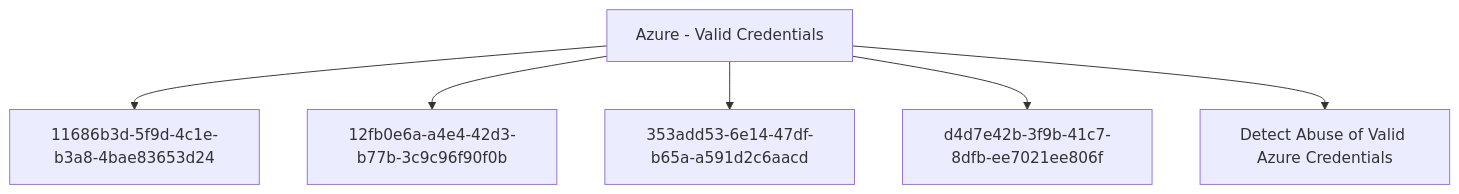
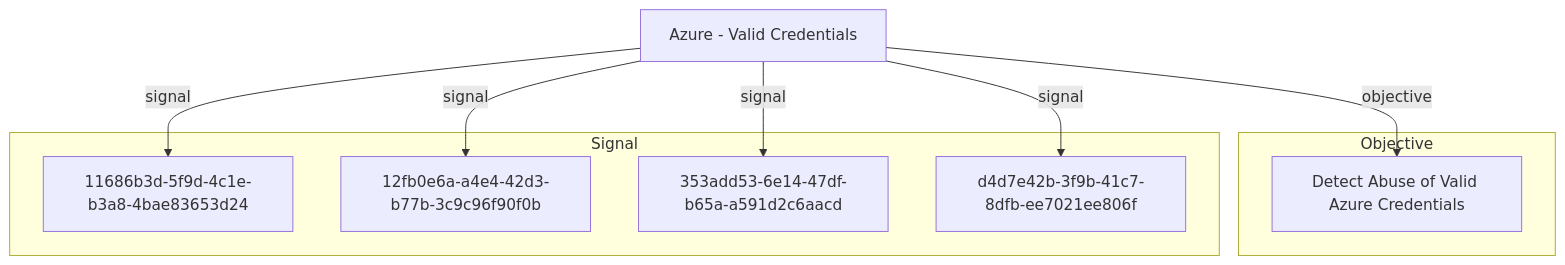
The second of 2 diagrams in docs/threats/azure-valid-credentials.md (opentidehq/library), drawn with Mermaid before and after one commit. The commit also changed other lines of this file and 277 other files, not shown here.

````diff
--- a/docs/threats/azure-valid-credentials.md
+++ b/docs/threats/azure-valid-credentials.md
@@ -117,14 +211,18 @@
 ```mermaid
 flowchart TB
-2743bf18_3b86_4721_bf3e_153dcda0b149["Azure - Valid Credentials"]
+subgraph "Objective"
+f4a8b3c2_7e5d_4f1a_bc8e_9d2a6e7c8f0b["Detect Abuse of Valid Azure Credentials"]
+end
+subgraph "Signal"
 11686b3d_5f9d_4c1e_b3a8_4bae83653d24["11686b3d-5f9d-4c1e-b3a8-4bae83653d24"]
 12fb0e6a_a4e4_42d3_b77b_3c9c96f90f0b["12fb0e6a-a4e4-42d3-b77b-3c9c96f90f0b"]
 353add53_6e14_47df_b65a_a591d2c6aacd["353add53-6e14-47df-b65a-a591d2c6aacd"]
 d4d7e42b_3f9b_41c7_8dfb_ee7021ee806f["d4d7e42b-3f9b-41c7-8dfb-ee7021ee806f"]
-f4a8b3c2_7e5d_4f1a_bc8e_9d2a6e7c8f0b["Detect Abuse of Valid Azure Credentials"]
-2743bf18_3b86_4721_bf3e_153dcda0b149 --> 11686b3d_5f9d_4c1e_b3a8_4bae83653d24
-2743bf18_3b86_4721_bf3e_153dcda0b149 --> 12fb0e6a_a4e4_42d3_b77b_3c9c96f90f0b
-2743bf18_3b86_4721_bf3e_153dcda0b149 --> 353add53_6e14_47df_b65a_a591d2c6aacd
-2743bf18_3b86_4721_bf3e_153dcda0b149 --> d4d7e42b_3f9b_41c7_8dfb_ee7021ee806f
-2743bf18_3b86_4721_bf3e_153dcda0b149 --> f4a8b3c2_7e5d_4f1a_bc8e_9d2a6e7c8f0b
+end
+2743bf18_3b86_4721_bf3e_153dcda0b149["Azure - Valid Credentials"]
+2743bf18_3b86_4721_bf3e_153dcda0b149 -->|objective| f4a8b3c2_7e5d_4f1a_bc8e_9d2a6e7c8f0b
+2743bf18_3b86_4721_bf3e_153dcda0b149 -->|signal| 11686b3d_5f9d_4c1e_b3a8_4bae83653d24
+2743bf18_3b86_4721_bf3e_153dcda0b149 -->|signal| 12fb0e6a_a4e4_42d3_b77b_3c9c96f90f0b
+2743bf18_3b86_4721_bf3e_153dcda0b149 -->|signal| 353add53_6e14_47df_b65a_a591d2c6aacd
+2743bf18_3b86_4721_bf3e_153dcda0b149 -->|signal| d4d7e42b_3f9b_41c7_8dfb_ee7021ee806f
 ```
````
